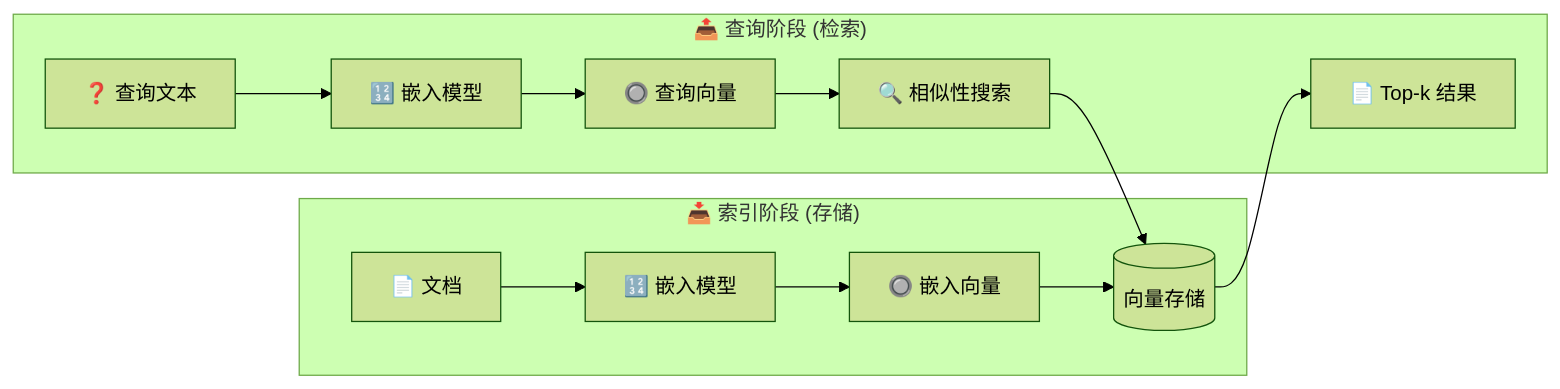
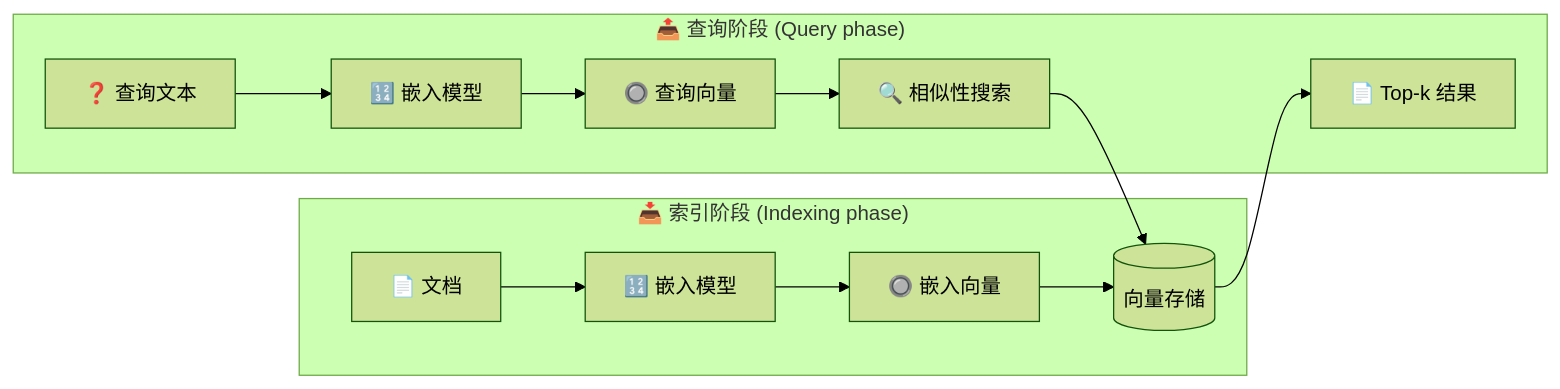
The diagram in cn-docs/oss/javascript/integrations/vectorstores/index.mdx (happyphper/langchain-docs-cn), drawn with Mermaid (forest theme) before and after one commit. The commit also changed other lines of this file and 75 other files, not shown here.

````diff
--- a/cn-docs/oss/javascript/integrations/vectorstores/index.mdx
+++ b/cn-docs/oss/javascript/integrations/vectorstores/index.mdx
@@ -8,17 +9,17 @@
 ```mermaid
 flowchart LR
 
-    subgraph "📥 索引阶段 (存储)"
+    subgraph "📥 索引阶段 (Indexing phase)"
         A[📄 文档] --> B[🔢 嵌入模型]
         B --> C[🔘 嵌入向量]
         C --> D[(向量存储)]
     end
 
-    subgraph "📤 查询阶段 (检索)"
+    subgraph "📤 查询阶段 (Query phase)"
         E[❓ 查询文本] --> F[🔢 嵌入模型]
         F --> G[🔘 查询向量]
         G --> H[🔍 相似性搜索]
         H --> D
         D --> I[📄 Top-k 结果]
     end
 ```
````
